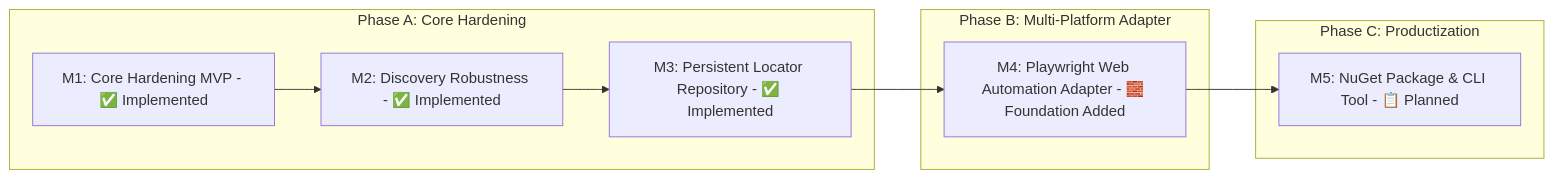
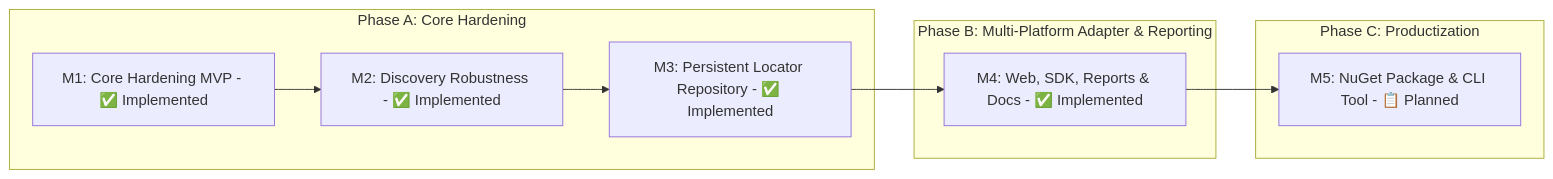
Before and after one commit to mustafasercansak/automation-sandbox: the third of 6 diagrams in PROJECT_SHOWCASE.md, drawn with Mermaid. The commit also changed other lines of this file and 1 other file, not shown here.

Commit message:
feat: update project milestones to include reporting and documentation enhancements

````diff
--- a/PROJECT_SHOWCASE.md
+++ b/PROJECT_SHOWCASE.md
@@ -184,16 +186,16 @@
 ```mermaid
 graph LR
     subgraph PhaseA [Phase A: Core Hardening]
         M1[M1: Core Hardening MVP - ✅ Implemented]
         M2[M2: Discovery Robustness - ✅ Implemented]
         M3[M3: Persistent Locator Repository - ✅ Implemented]
         M1 --> M2 --> M3
     end
-    subgraph PhaseB [Phase B: Multi-Platform Adapter]
-        M4[M4: Playwright Web Automation Adapter - 🧱 Foundation Added]
+    subgraph PhaseB [Phase B: Multi-Platform Adapter & Reporting]
+        M4[M4: Web, SDK, Reports & Docs - ✅ Implemented]
     end
     subgraph PhaseC [Phase C: Productization]
         M5[M5: NuGet Package & CLI Tool - 📋 Planned]
     end
     M3 --> M4 --> M5
 ```
````
